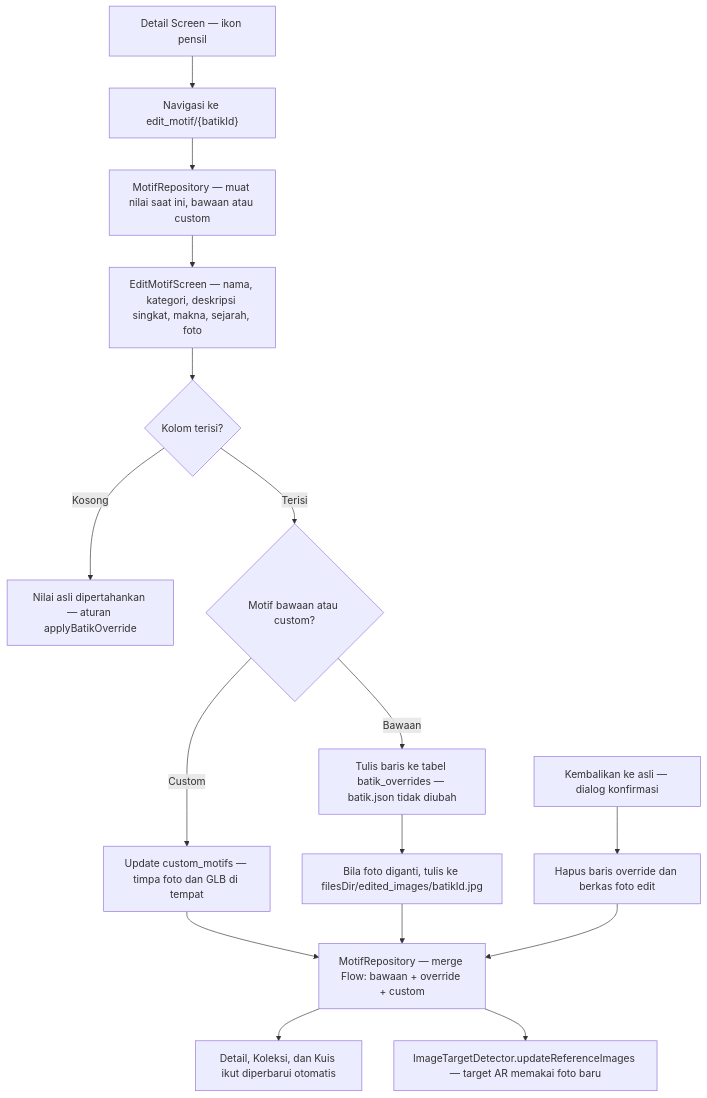
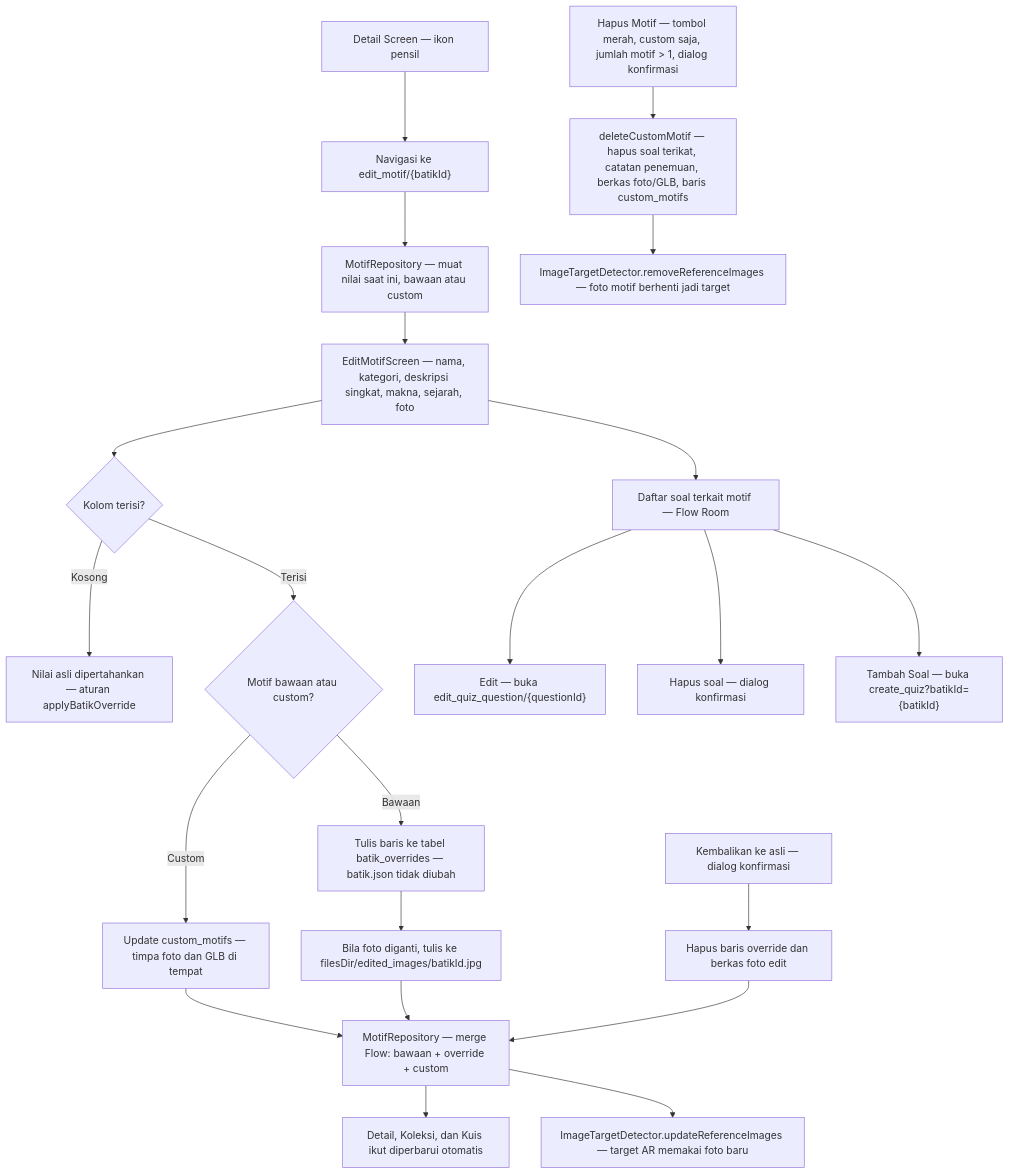
The sixth of 8 diagrams in README.md (JailaniGans/Jelajah-batik-jambi-AR), drawn with Mermaid before and after one commit. The commit also changed other lines of this file and 2 other files, not shown here.

````diff
--- a/README.md
+++ b/README.md
@@ -278,18 +288,26 @@
 ```mermaid
 flowchart TD
     DET["Detail Screen — ikon pensil"] --> RUTE["Navigasi ke edit_motif/{batikId}"]
     RUTE --> LOAD["MotifRepository — muat nilai saat ini, bawaan atau custom"]
     LOAD --> FORM["EditMotifScreen — nama, kategori, deskripsi singkat, makna, sejarah, foto"]
     FORM --> FILLED{"Kolom terisi?"}
     FILLED -->|Kosong| KEEP["Nilai asli dipertahankan — aturan applyBatikOverride"]
     FILLED -->|Terisi| SAVE{"Motif bawaan atau custom?"}
     SAVE -->|Bawaan| OVR["Tulis baris ke tabel batik_overrides — batik.json tidak diubah"]
     SAVE -->|Custom| UPD["Update custom_motifs — timpa foto dan GLB di tempat"]
     OVR --> IMG["Bila foto diganti, tulis ke filesDir/edited_images/batikId.jpg"]
     UPD --> REF["MotifRepository — merge Flow: bawaan + override + custom"]
     IMG --> REF
     REF --> UI["Detail, Koleksi, dan Kuis ikut diperbarui otomatis"]
     REF --> DET2["ImageTargetDetector.updateReferenceImages — target AR memakai foto baru"]
     RESET["Kembalikan ke asli — dialog konfirmasi"] --> DEL["Hapus baris override dan berkas foto edit"]
     DEL --> REF
+
+    FORM --> QLIST["Daftar soal terkait motif — Flow Room"]
+    QLIST --> QEDIT["Edit — buka edit_quiz_question/{questionId}"]
+    QLIST --> QDEL["Hapus soal — dialog konfirmasi"]
+    QLIST --> QADD["Tambah Soal — buka create_quiz?batikId={batikId}"]
+
+    DELMOTIF["Hapus Motif — tombol merah, custom saja, jumlah motif > 1, dialog konfirmasi"] --> CASC["deleteCustomMotif — hapus soal terikat, catatan penemuan, berkas foto/GLB, baris custom_motifs"]
+    CASC --> NODEREF["ImageTargetDetector.removeReferenceImages — foto motif berhenti jadi target"]
 ```
````
